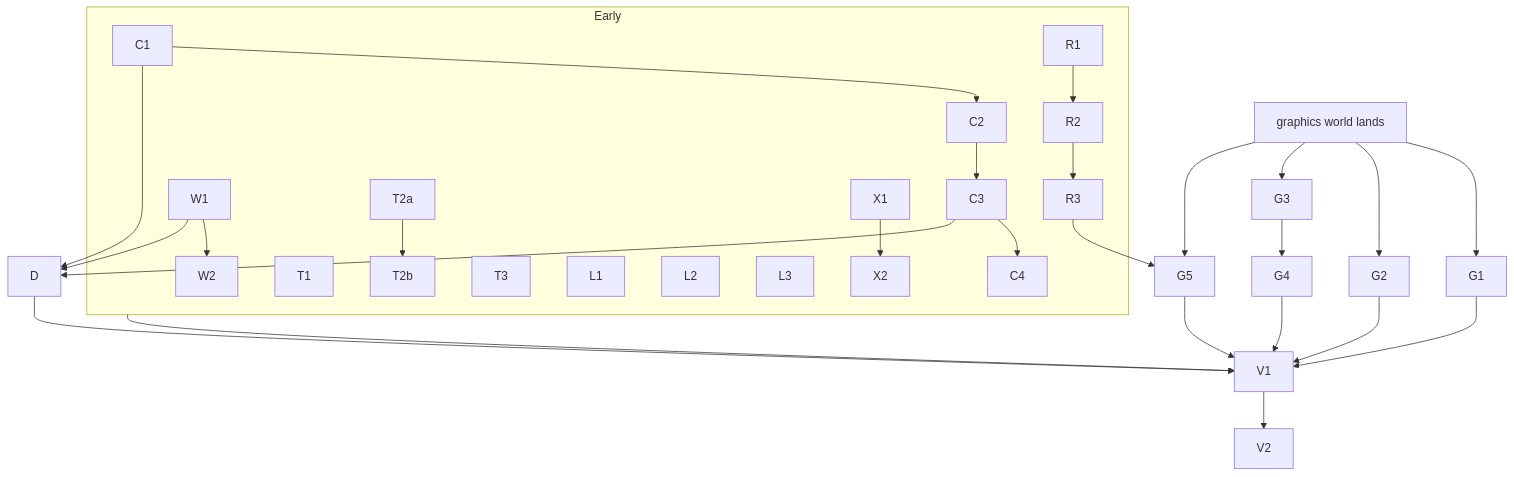
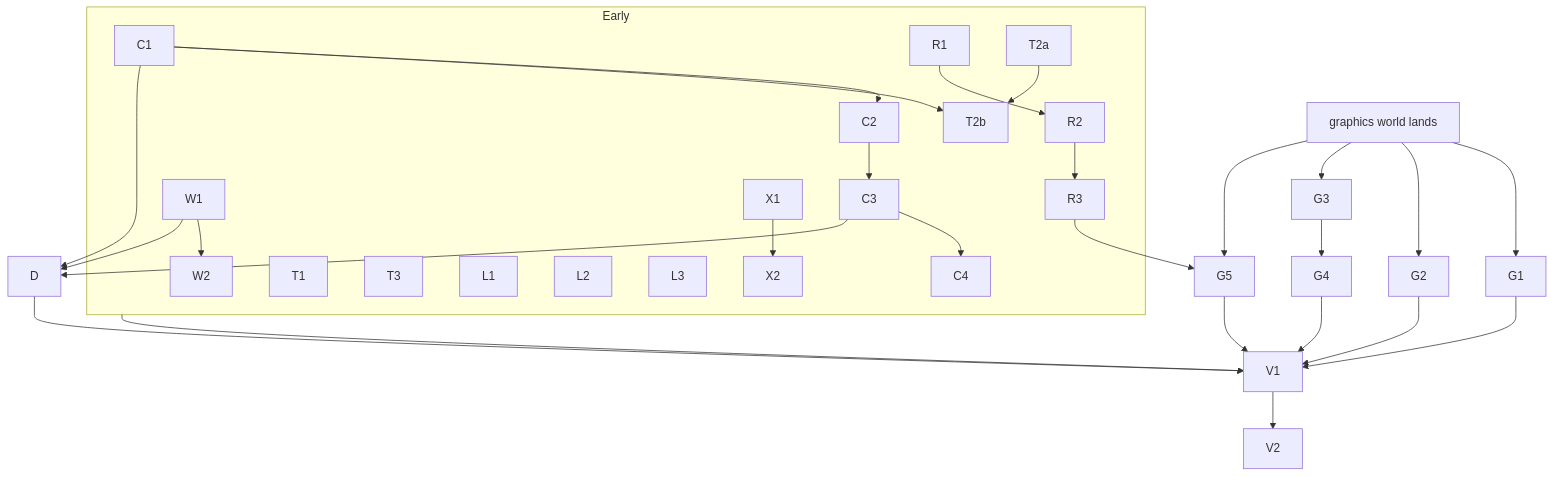
One commit to ekicyou/areka changed the first of 3 diagrams in .kiro/specs/audit-wintf-runtime/design.md. Above: the diagram before and after it, drawn with Mermaid. The commit also changed other lines of this file and 1 other file, not shown here.

````diff
--- a/.kiro/specs/audit-wintf-runtime/design.md
+++ b/.kiro/specs/audit-wintf-runtime/design.md
@@ -83,31 +83,32 @@
 ```mermaid
 graph TB
     subgraph Early
         C1 --> C2 --> C3 --> C4
         R1 --> R2 --> R3
         W1 --> W2
         T1
         T2a --> T2b
         T3
         L1
         L2
         L3
         X1 --> X2
     end
+    C1 --> T2b
     C1 --> D
     C3 --> D
     W1 --> D
     GW[graphics world lands] --> G1
     GW --> G2
     GW --> G3
     G3 --> G4
     GW --> G5
     R3 --> G5
     Early --> V1
     D --> V1
     G1 --> V1
     G2 --> V1
     G4 --> V1
     G5 --> V1
     V1 --> V2
 ```
````
